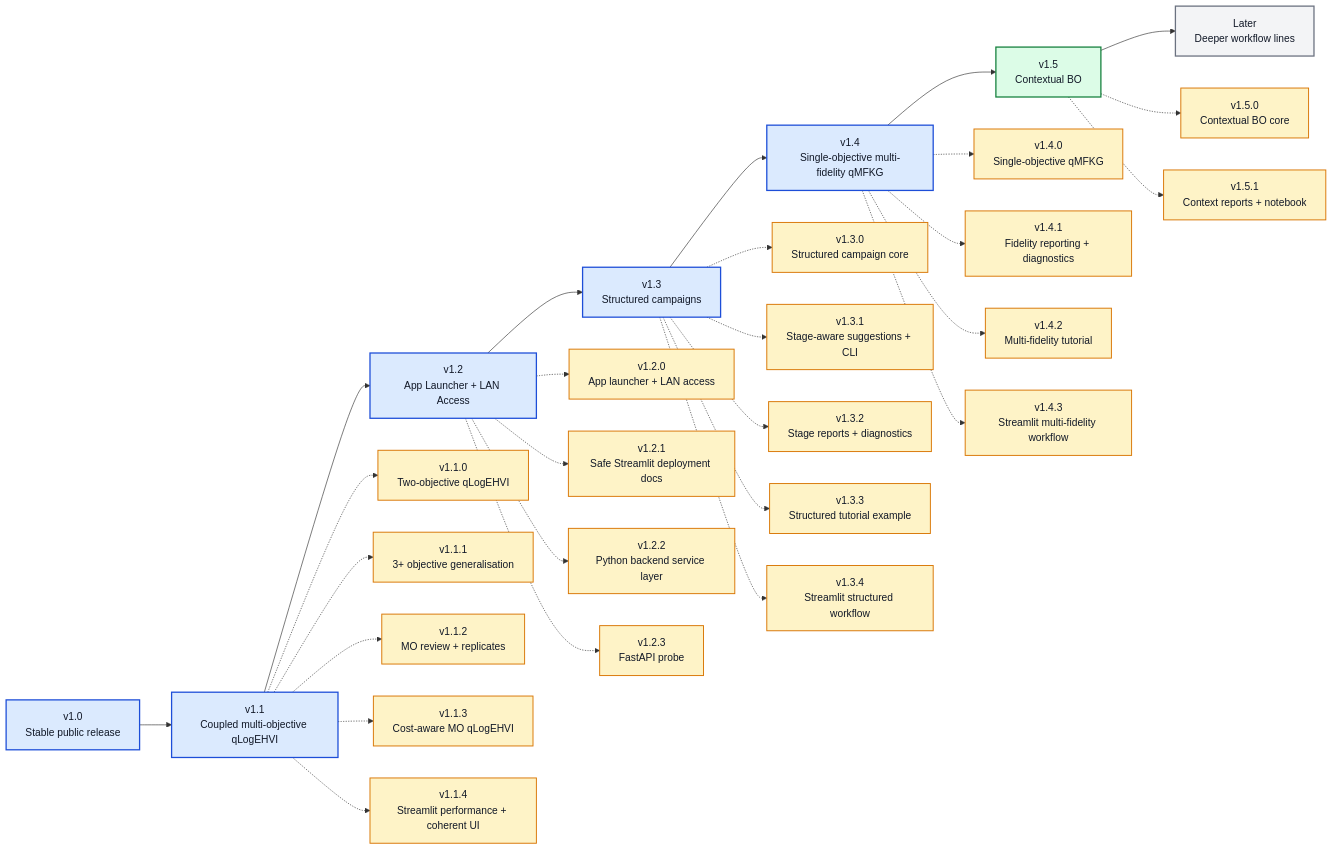
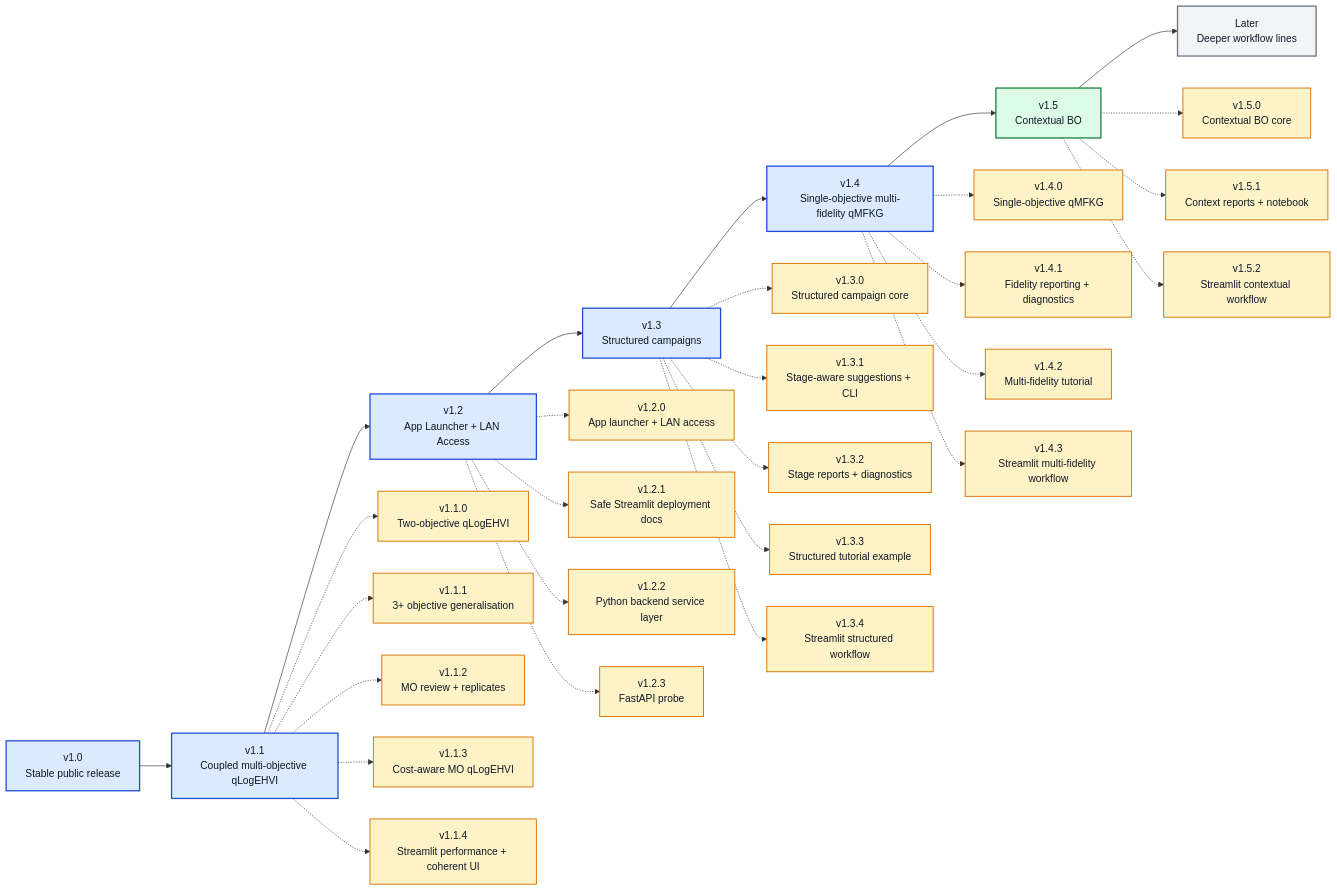
One commit to angzeli/bo-forge changed the diagram in ROADMAP_V1_X.md. Above: the diagram before and after it, drawn with Mermaid. The commit also changed other lines of this file and 18 other files, not shown here.

Commit message:
v1.5.2 update: Add support for streamlit contextual workflow

````diff
--- a/ROADMAP_V1_X.md
+++ b/ROADMAP_V1_X.md
@@ -7,56 +7,58 @@
 ```mermaid
 flowchart LR
     v10["v1.0<br/>Stable public release"] --> v11["v1.1<br/>Coupled multi-objective qLogEHVI"] --> v12["v1.2<br/>App Launcher + LAN Access"] --> v13["v1.3<br/>Structured campaigns"] --> v14["v1.4<br/>Single-objective multi-fidelity qMFKG"] --> v15["v1.5<br/>Contextual BO"] --> later["Later<br/>Deeper workflow lines"]
 
     v110["v1.1.0<br/>Two-objective qLogEHVI"]
     v111["v1.1.1<br/>3+ objective generalisation"]
     v112["v1.1.2<br/>MO review + replicates"]
     v113["v1.1.3<br/>Cost-aware MO qLogEHVI"]
     v114["v1.1.4<br/>Streamlit performance + coherent UI"]
     v120["v1.2.0<br/>App launcher + LAN access"]
     v121["v1.2.1<br/>Safe Streamlit deployment docs"]
     v122["v1.2.2<br/>Python backend service layer"]
     v123["v1.2.3<br/>FastAPI probe"]
     v130["v1.3.0<br/>Structured campaign core"]
     v131["v1.3.1<br/>Stage-aware suggestions + CLI"]
     v132["v1.3.2<br/>Stage reports + diagnostics"]
     v133["v1.3.3<br/>Structured tutorial example"]
     v134["v1.3.4<br/>Streamlit structured workflow"]
     v140["v1.4.0<br/>Single-objective qMFKG"]
     v141["v1.4.1<br/>Fidelity reporting + diagnostics"]
     v142["v1.4.2<br/>Multi-fidelity tutorial"]
     v143["v1.4.3<br/>Streamlit multi-fidelity workflow"]
     v150["v1.5.0<br/>Contextual BO core"]
     v151["v1.5.1<br/>Context reports + notebook"]
+    v152["v1.5.2<br/>Streamlit contextual workflow"]
     
     v11 -.-> v110
     v11 -.-> v111
     v11 -.-> v112
     v11 -.-> v113
     v11 -.-> v114
     v12 -.-> v120
     v12 -.-> v121
     v12 -.-> v122
     v12 -.-> v123
     v13 -.-> v130
     v13 -.-> v131
     v13 -.-> v132
     v13 -.-> v133
     v13 -.-> v134
     v14 -.-> v140
     v14 -.-> v141
     v14 -.-> v142
     v14 -.-> v143
     v15 -.-> v150
     v15 -.-> v151
+    v15 -.-> v152
 
     class v10,v11,v12,v13,v14 majorDone
     class v15 majorActive
     class later majorFuture
-    class v110,v111,v112,v113,v114,v120,v121,v122,v123,v130,v131,v132,v133,v134,v140,v141,v142,v143,v150,v151 patchDone
+    class v110,v111,v112,v113,v114,v120,v121,v122,v123,v130,v131,v132,v133,v134,v140,v141,v142,v143,v150,v151,v152 patchDone
 
     classDef majorDone fill:#dbeafe,stroke:#1d4ed8,stroke-width:2px,color:#111827;
     classDef majorActive fill:#dcfce7,stroke:#15803d,stroke-width:2px,color:#111827;
     classDef majorFuture fill:#f3f4f6,stroke:#6b7280,stroke-width:2px,color:#111827;
     classDef patchDone fill:#fef3c7,stroke:#d97706,stroke-width:1.5px,color:#111827;
 ```
````
